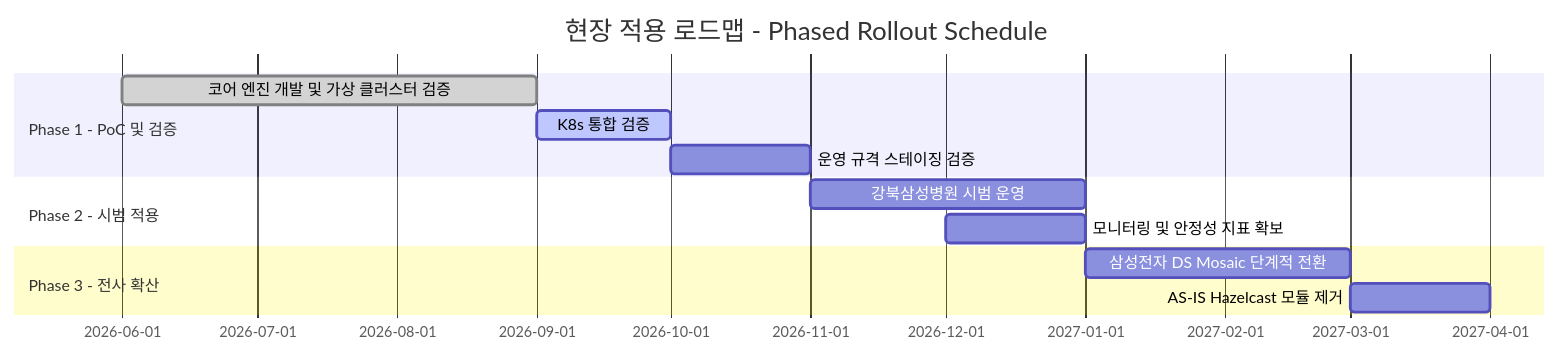
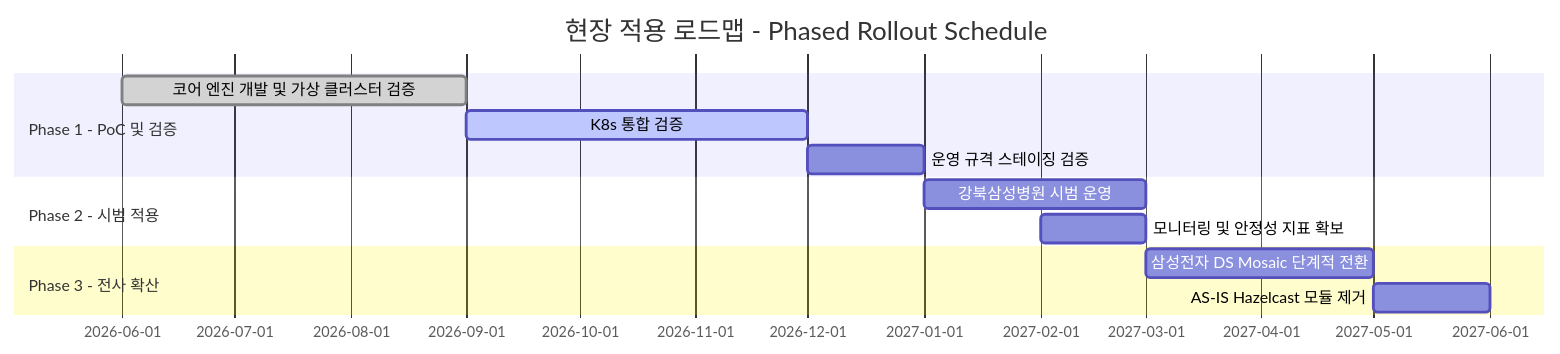
Before and after one commit to reddiana/a-cert: the diagram in ArchitectureSpecification/8. 현장 활용 계획.md, drawn with Mermaid. The commit also changed other lines of this file, not shown here.

Commit message:
8.3 현장 적용 일정 조정: Phase 1 스테이징 검증 이후 일정을 2개월 이동
K8s 통합 검증을 2026.09 시작(2026.09 ~ 2026.11)으로 반영하고,
스테이징 검증 2026.12, Phase 2 2027.01 ~ 2027.03, Phase 3 2027.03 ~ 2027.06으로 변경

Claude-Session: https://claude.ai/code/session_01HrCXUk4W8e686jHUk39fEJ

````diff
--- a/ArchitectureSpecification/8. 현장 활용 계획.md
+++ b/ArchitectureSpecification/8. 현장 활용 계획.md
@@ -30,15 +30,15 @@
 ```mermaid
 gantt
     title 현장 적용 로드맵 - Phased Rollout Schedule
     dateFormat  YYYY-MM
     section Phase 1 - PoC 및 검증
     코어 엔진 개발 및 가상 클러스터 검증 :done, p1, 2026-06, 2026-09
-    K8s 통합 검증                  :active, p2, 2026-09, 2026-10
-    운영 규격 스테이징 검증          :p3, 2026-10, 2026-11
+    K8s 통합 검증                  :active, p2, 2026-09, 2026-12
+    운영 규격 스테이징 검증          :p3, 2026-12, 2027-01
     section Phase 2 - 시범 적용
-    강북삼성병원 시범 운영         :p4, 2026-11, 2027-01
-    모니터링 및 안정성 지표 확보   :p5, 2026-12, 2027-01
+    강북삼성병원 시범 운영         :p4, 2027-01, 2027-03
+    모니터링 및 안정성 지표 확보   :p5, 2027-02, 2027-03
     section Phase 3 - 전사 확산
-    삼성전자 DS Mosaic 단계적 전환 :p6, 2027-01, 2027-03
-    AS-IS Hazelcast 모듈 제거 :p7, 2027-03, 2027-04
+    삼성전자 DS Mosaic 단계적 전환 :p6, 2027-03, 2027-05
+    AS-IS Hazelcast 모듈 제거 :p7, 2027-05, 2027-06
 ```
````
